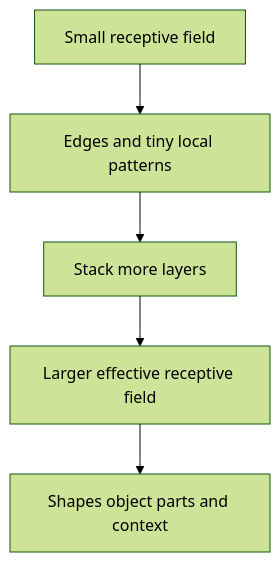
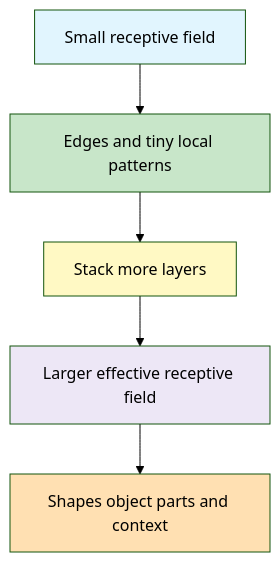
One commit to arshadhs/arshadhs.github.io changed the third of 4 diagrams in content/docs/ai/deep-learning/060-cnn-fundamentals.md. Above: the diagram before and after it, drawn with Mermaid (forest theme). The commit also changed other lines of this file, not shown here.

```diff
--- a/content/docs/ai/deep-learning/060-cnn-fundamentals.md
+++ b/content/docs/ai/deep-learning/060-cnn-fundamentals.md
@@ -256,7 +295,13 @@
 {{< mermaid >}}
 flowchart TD
     A[Small receptive field] --> B[Edges and tiny local patterns]
     B --> C[Stack more layers]
     C --> D[Larger effective receptive field]
     D --> E[Shapes object parts and context]
+
+    style A fill:#E1F5FE
+    style B fill:#C8E6C9
+    style C fill:#FFF9C4
+    style D fill:#EDE7F6
+    style E fill:#FFE0B2
 {{< /mermaid >}}
```
